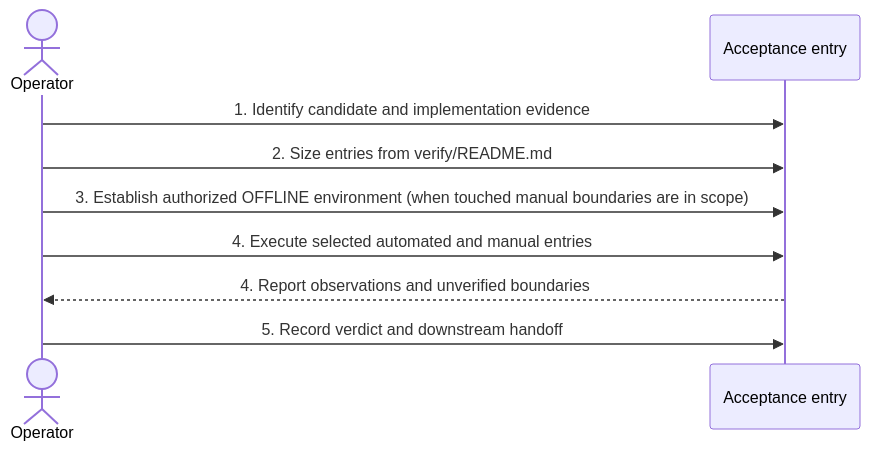
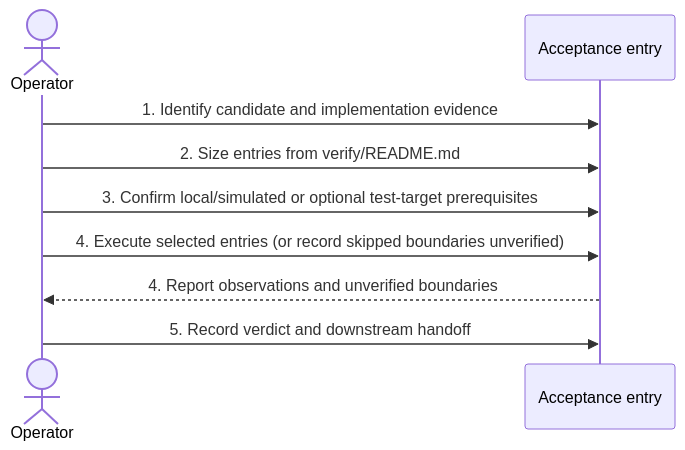
The diagram in journey/0013-accept-integrated-slice.md (lengthlong/exercise_arena), drawn with Mermaid before and after one commit. The commit also changed other lines of this file and 4 other files, not shown here.

````diff
--- a/journey/0013-accept-integrated-slice.md
+++ b/journey/0013-accept-integrated-slice.md
@@ -8,11 +8,11 @@
 ```mermaid
 sequenceDiagram
     actor O as Operator
     participant A as Acceptance entry
     O->>A: 1. Identify candidate and implementation evidence
     O->>A: 2. Size entries from verify/README.md
-    O->>A: 3. Establish authorized OFFLINE environment (when touched manual boundaries are in scope)
-    O->>A: 4. Execute selected automated and manual entries
+    O->>A: 3. Confirm local/simulated or optional test-target prerequisites
+    O->>A: 4. Execute selected entries (or record skipped boundaries unverified)
     A-->>O: 4. Report observations and unverified boundaries
     O->>A: 5. Record verdict and downstream handoff
 ```
````
